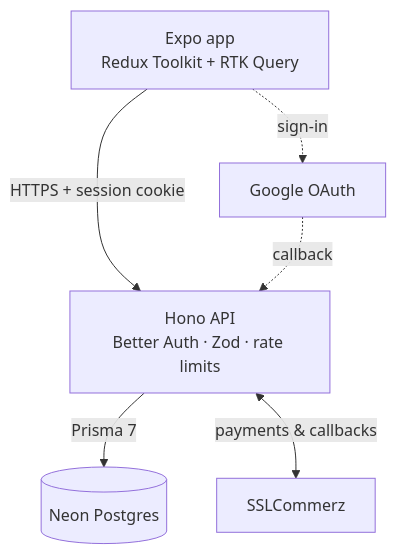
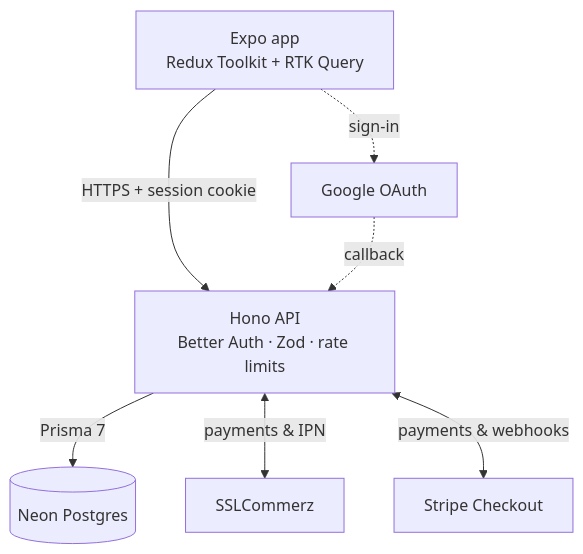
The first of 2 diagrams in README.md (irfan-shazid/Your-Employee), drawn with Mermaid before and after one commit. The commit also changed other lines of this file and 184 other files, not shown here.

````diff
--- a/README.md
+++ b/README.md
@@ -158,14 +163,16 @@
 ```mermaid
 flowchart TB
   App["Expo app<br/>Redux Toolkit + RTK Query"]
   API["Hono API<br/>Better Auth · Zod · rate limits"]
   DB[("Neon Postgres")]
   SSL["SSLCommerz"]
+  Stripe["Stripe Checkout"]
   Google["Google OAuth"]
 
   App -- "HTTPS + session cookie" --> API
   API -- "Prisma 7" --> DB
-  API <-- "payments & callbacks" --> SSL
+  API <-- "payments & IPN" --> SSL
+  API <-- "payments & webhooks" --> Stripe
   App -. "sign-in" .-> Google
   Google -. "callback" .-> API
 ```
````
